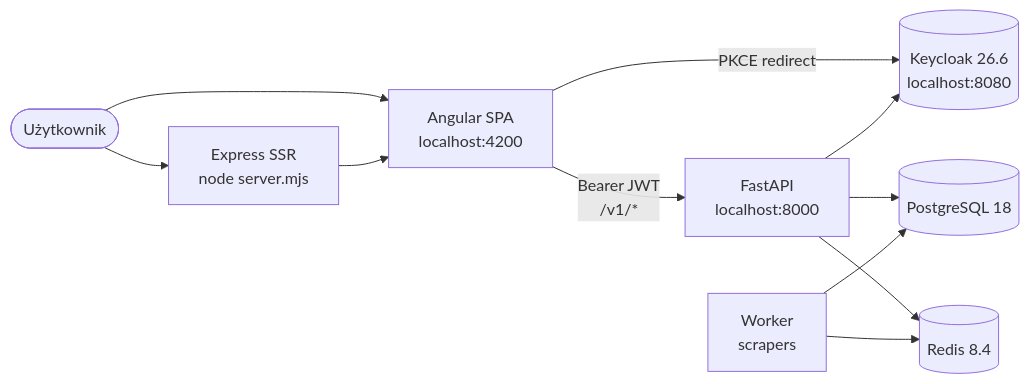
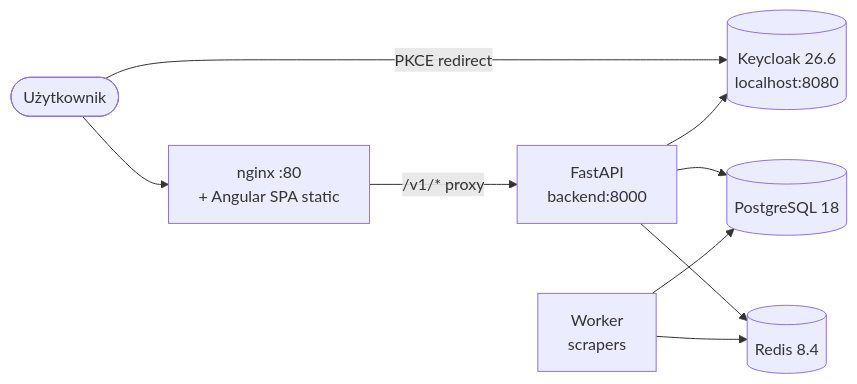
One commit to KluskaGit/IT-Hell changed the first of 3 diagrams in frontend/README.md. Above: the diagram before and after it, drawn with Mermaid. The commit also changed other lines of this file and 10 other files, not shown here.

````diff
--- a/frontend/README.md
+++ b/frontend/README.md
@@ -112,22 +116,19 @@
 ```mermaid
 flowchart LR
     User([Użytkownik])
-    Browser[Angular SPA<br/>localhost:4200]
-    SSR[Express SSR<br/>node server.mjs]
+    Nginx[nginx :80<br/>+ Angular SPA static]
     Keycloak[(Keycloak 26.6<br/>localhost:8080)]
-    Backend[FastAPI<br/>localhost:8000]
+    Backend[FastAPI<br/>backend:8000]
     DB[(PostgreSQL 18)]
     Redis[(Redis 8.4)]
     Worker[Worker<br/>scrapers]
 
-    User --> Browser
-    User --> SSR
-    SSR --> Browser
-    Browser -->|PKCE redirect| Keycloak
-    Browser -->|Bearer JWT<br/>/v1/*| Backend
+    User --> Nginx
+    Nginx -->|"/v1/* proxy"| Backend
+    User -->|PKCE redirect| Keycloak
     Backend --> Keycloak
     Backend --> DB
     Backend --> Redis
     Worker --> Redis
     Worker --> DB
 ```
````
